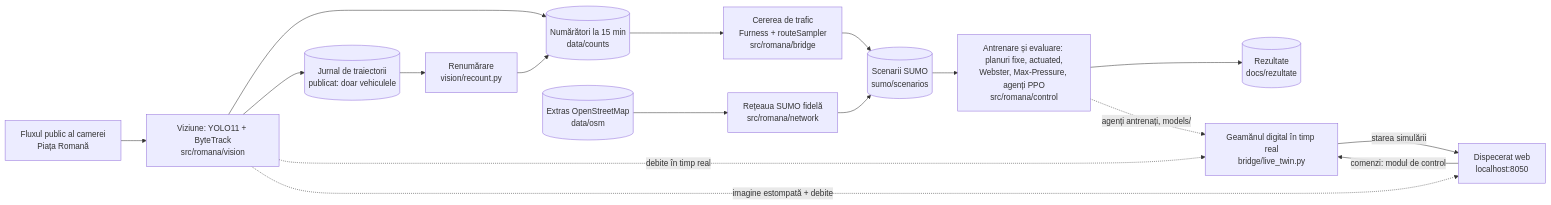
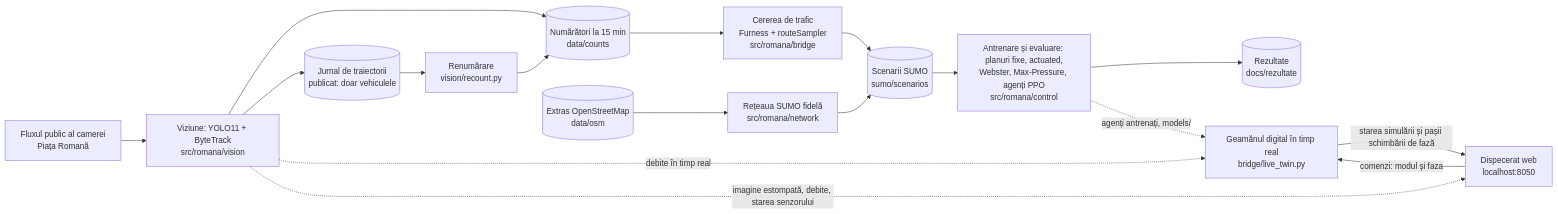
One commit to NiuninMatei/Semaforizare_Piata_Romana changed the diagram in README.md. Above: the diagram before and after it, drawn with Mermaid. The commit also changed other lines of this file and 1 other file, not shown here.

````diff
--- a/README.md
+++ b/README.md
@@ -100,16 +103,16 @@
 ```mermaid
 flowchart LR
   CAM["Fluxul public al camerei<br/>Piața Romană"] --> VIZ["Viziune: YOLO11 + ByteTrack<br/>src/romana/vision"]
   VIZ --> CNT[("Numărători la 15 min<br/>data/counts")]
   VIZ --> TRJ[("Jurnal de traiectorii<br/>publicat: doar vehiculele")]
   TRJ --> REC["Renumărare<br/>vision/recount.py"] --> CNT
   CNT --> CER["Cererea de trafic<br/>Furness + routeSampler<br/>src/romana/bridge"] --> SC[("Scenarii SUMO<br/>sumo/scenarios")]
   OSM[("Extras OpenStreetMap<br/>data/osm")] --> NET["Rețeaua SUMO fidelă<br/>src/romana/network"] --> SC
   SC --> CTRL["Antrenare și evaluare: planuri fixe, actuated,<br/>Webster, Max-Pressure, agenți PPO<br/>src/romana/control"]
   CTRL --> REZ[("Rezultate<br/>docs/rezultate")]
   CTRL -.->|"agenți antrenați, models/"| TWIN["Geamănul digital în timp real<br/>bridge/live_twin.py"]
   VIZ -.->|"debite în timp real"| TWIN
-  VIZ -.->|"imagine estompată + debite"| UI["Dispecerat web<br/>localhost:8050"]
-  TWIN -->|"starea simulării"| UI
-  UI -->|"comenzi: modul de control"| TWIN
+  VIZ -.->|"imagine estompată, debite, starea senzorului"| UI["Dispecerat web<br/>localhost:8050"]
+  TWIN -->|"starea simulării și pașii schimbării de fază"| UI
+  UI -->|"comenzi: modul și faza"| TWIN
 ```
````
